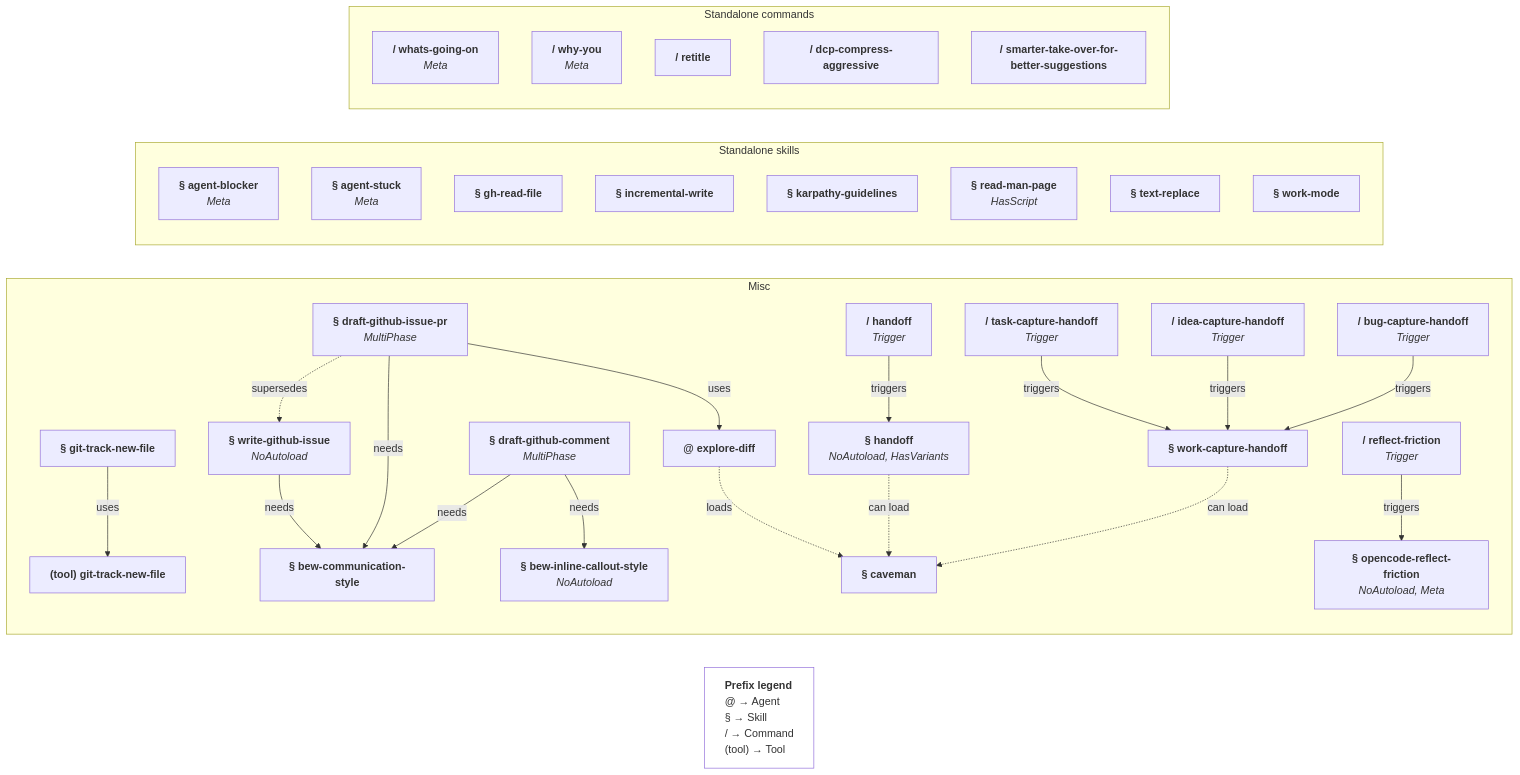
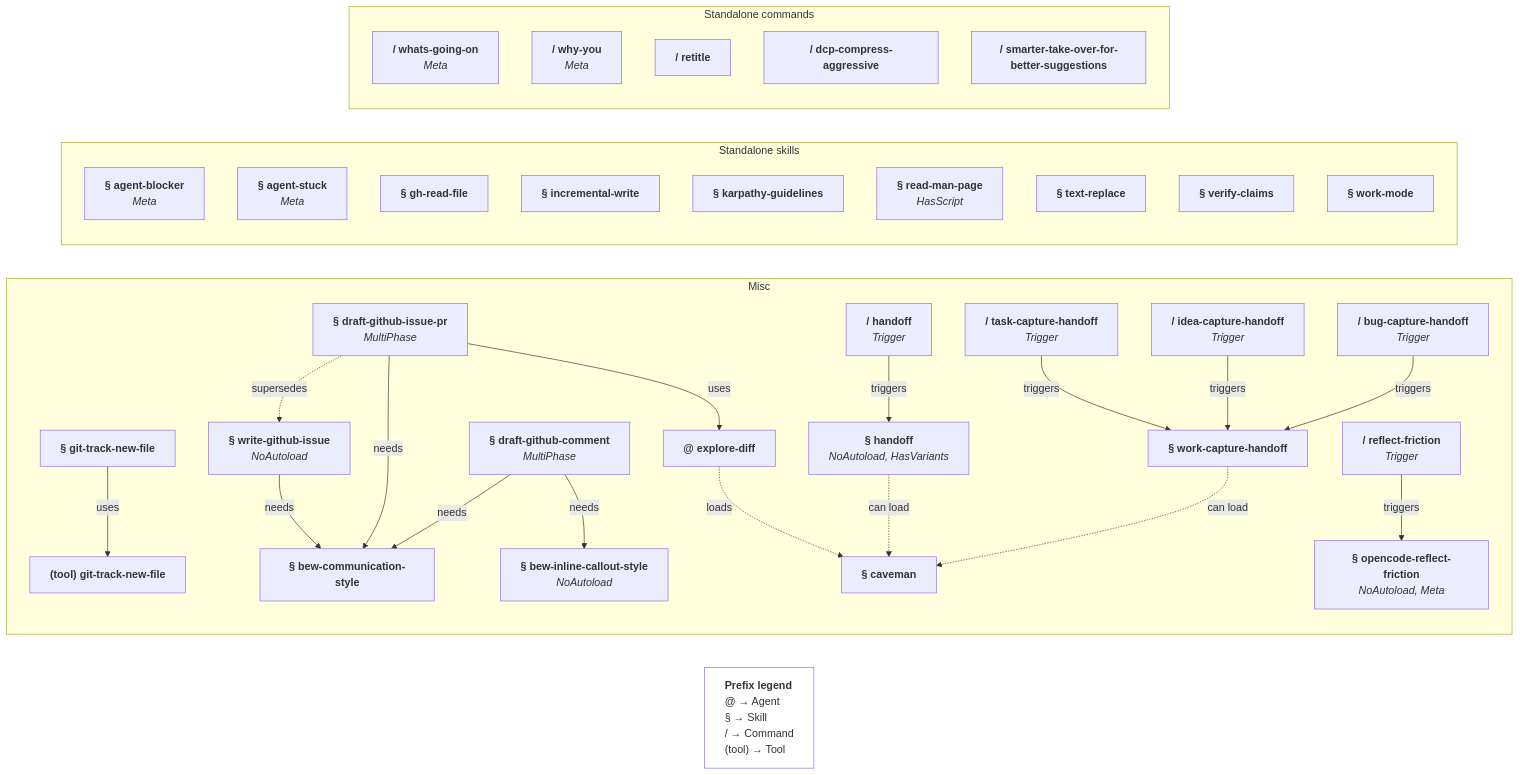
Before and after one commit to bew/dotfiles: the second of 2 diagrams in opencode/MY_AI_STUFF.md, drawn with Mermaid. The commit also changed other lines of this file and 1 other file, not shown here.

Commit message:
oc: Init the `verify-claims` skill for claim checking
Add a global, artefact-agnostic skill that verifies an artefact's claims
against a ground-truth source and reports per-claim verdicts.

- Claims are derived as atomic, falsifiable statements, grouped into
  check-groups.
- Each check-group gets its own subagent, so verdicts stay independent;
  the caller's main agent never self-validates.
- Deterministic checks and domain refs are optional caller-filled slots.
- The default check-group skeleton is a floor a caller taxonomy can only
  extend.
- Verdicts only: the caller applies any fixes.

````diff
--- a/opencode/MY_AI_STUFF.md
+++ b/opencode/MY_AI_STUFF.md
@@ -117,60 +117,61 @@
 ```mermaid
 flowchart LR
   %% explore-diff is duplicated from the complex graph; it is not part of any group.
   ag_explore_diff["<b>@ explore-diff</b>"]
   legend["<b>Prefix legend</b><br/>@ → Agent<br/>§ → Skill<br/>/ → Command<br/>(tool) → Tool"]
   style legend text-align:left,fill:none
 
   subgraph misc[Misc]
     sk_handoff["<b>§ handoff</b><br/><i>NoAutoload, HasVariants</i>"]
     sk_work_capture["<b>§ work-capture-handoff</b>"]
     sk_git_track_skill["<b>§ git-track-new-file</b>"]
     tool_git_track["<b>(tool) git-track-new-file</b>"]
     sk_github_issue["<b>§ write-github-issue</b><br/><i>NoAutoload</i>"]
     sk_draft_gh["<b>§ draft-github-issue-pr</b><br/><i>MultiPhase</i>"]
     sk_draft_gh_comment["<b>§ draft-github-comment</b><br/><i>MultiPhase</i>"]
     sk_bew_comm_style["<b>§ bew-communication-style</b>"]
     sk_bew_callout["<b>§ bew-inline-callout-style</b><br/><i>NoAutoload</i>"]
     sk_cav["<b>§ caveman</b>"]
     sk_reflect_frict["<b>§ opencode-reflect-friction</b><br/><i>NoAutoload, Meta</i>"]
     cmd_handoff["<b>/ handoff</b><br/><i>Trigger</i>"]
     cmd_friction["<b>/ reflect-friction</b><br/><i>Trigger</i>"]
     cmd_task_capture["<b>/ task-capture-handoff</b><br/><i>Trigger</i>"]
     cmd_idea_capture["<b>/ idea-capture-handoff</b><br/><i>Trigger</i>"]
     cmd_bug_capture["<b>/ bug-capture-handoff</b><br/><i>Trigger</i>"]
     sk_git_track_skill -->|uses| tool_git_track
     sk_github_issue -->|needs| sk_bew_comm_style
     sk_draft_gh -->|needs| sk_bew_comm_style
     sk_draft_gh -->|uses| ag_explore_diff
     sk_draft_gh_comment -->|needs| sk_bew_comm_style
     sk_draft_gh_comment -->|needs| sk_bew_callout
     sk_draft_gh -. supersedes .-> sk_github_issue
     ag_explore_diff -. loads .-> sk_cav
     sk_handoff -. can load .-> sk_cav
     sk_work_capture -. can load .-> sk_cav
     cmd_handoff -->|triggers| sk_handoff
     cmd_friction -->|triggers| sk_reflect_frict
     cmd_task_capture -->|triggers| sk_work_capture
     cmd_idea_capture -->|triggers| sk_work_capture
     cmd_bug_capture -->|triggers| sk_work_capture
   end
 
   subgraph otherskills[Standalone skills]
     sk_agent_blocker["<b>§ agent-blocker</b><br/><i>Meta</i>"]
     sk_agent_stuck["<b>§ agent-stuck</b><br/><i>Meta</i>"]
     sk_gh_read_file["<b>§ gh-read-file</b>"]
     sk_incremental_write["<b>§ incremental-write</b>"]
     sk_karpathy["<b>§ karpathy-guidelines</b>"]
     sk_read_man_page["<b>§ read-man-page</b><br/><i>HasScript</i>"]
     sk_text_replace["<b>§ text-replace</b>"]
+    sk_verify_claims["<b>§ verify-claims</b>"]
     sk_work_mode["<b>§ work-mode</b>"]
   end
 
   subgraph othercmds[Standalone commands]
     cmd_whats_going_on["<b>/ whats-going-on</b><br/><i>Meta</i>"]
     cmd_why_you["<b>/ why-you</b><br/><i>Meta</i>"]
     cmd_retitle["<b>/ retitle</b>"]
     cmd_dcp_aggressive["<b>/ dcp-compress-aggressive</b>"]
     cmd_smarter_takeover["<b>/ smarter-take-over-for-better-suggestions</b>"]
   end
 ```
````
